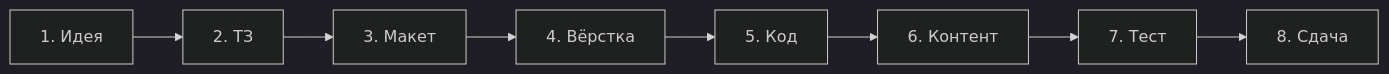
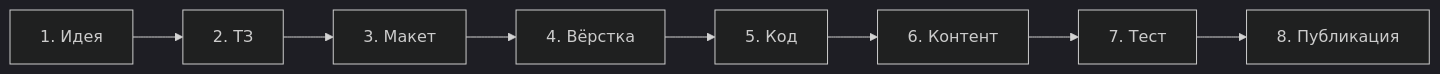
Before and after one commit to Spirzen/it-knowledge-base: the diagram in docs/encyclopedia/4-code-dev/4-17-veb-razrabotka/6.md, drawn with Mermaid (dark theme). The commit also changed other lines of this file and 199 other files, not shown here.

````diff
--- a/docs/encyclopedia/4-code-dev/4-17-veb-razrabotka/6.md
+++ b/docs/encyclopedia/4-code-dev/4-17-veb-razrabotka/6.md
@@ -45,10 +45,10 @@
 ```mermaid
 flowchart LR
     A[1. Идея] --> B[2. ТЗ]
     B --> C[3. Макет]
     C --> D[4. Вёрстка]
     D --> E[5. Код]
     E --> F[6. Контент]
     F --> G[7. Тест]
-    G --> H[8. Сдача]
+    G --> H[8. Публикация]
 ```
````
